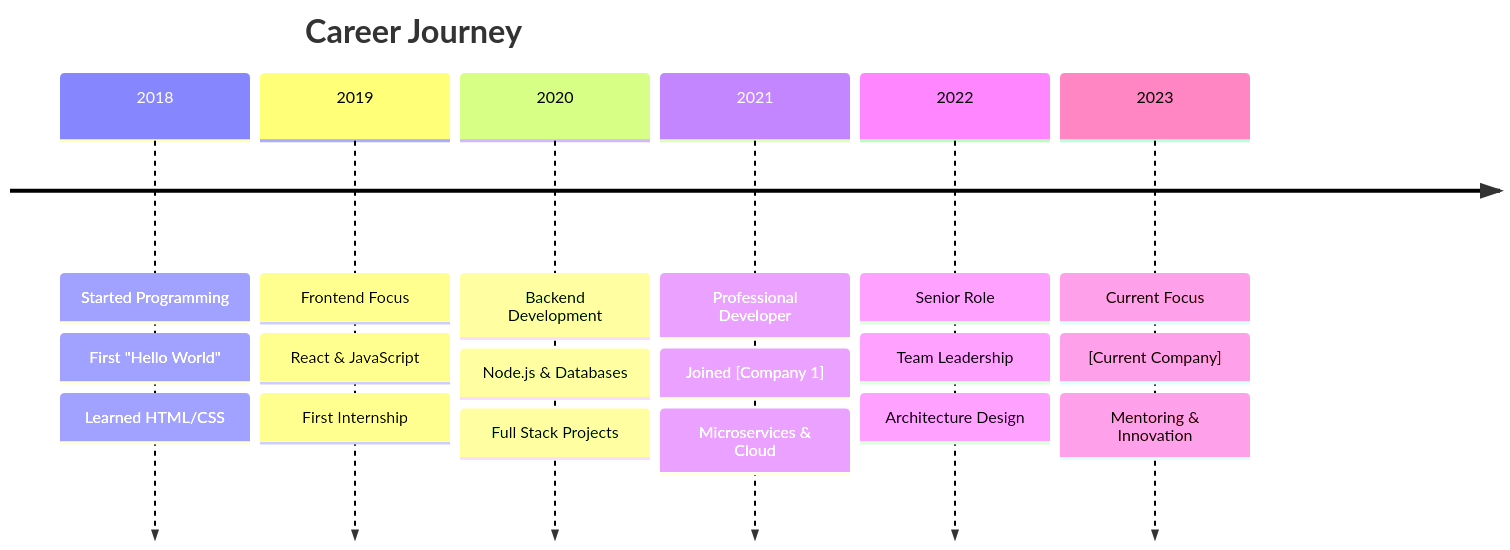
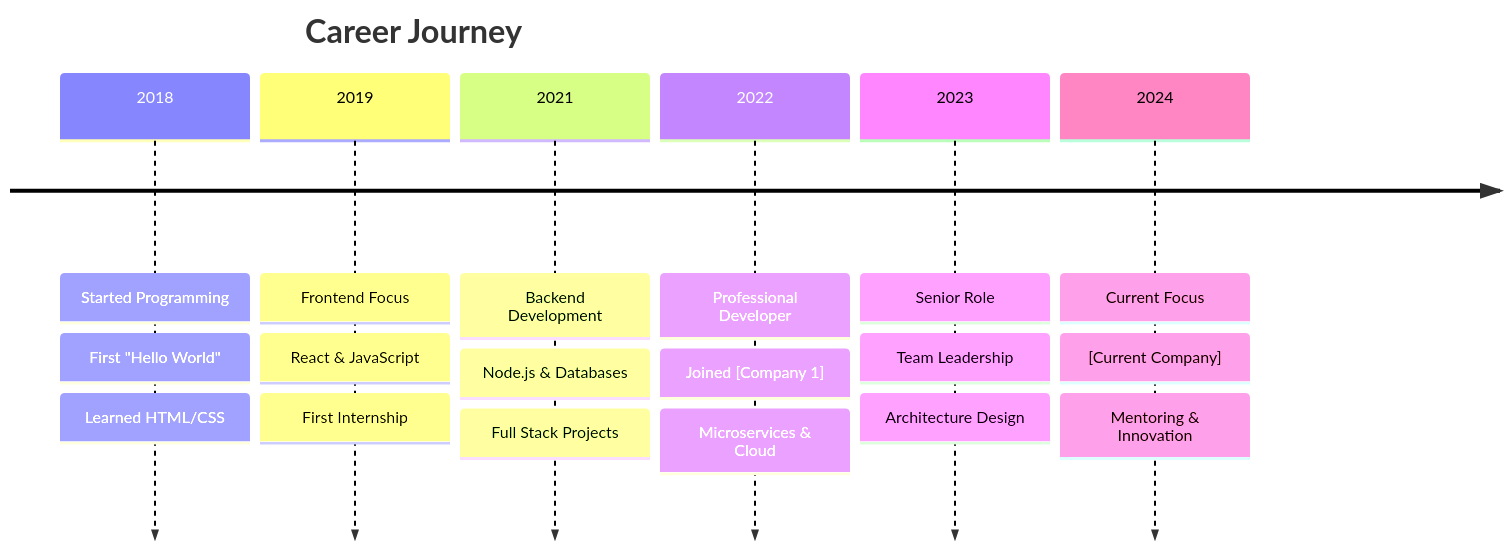
Before and after one commit to 576469377/AI-Create-Profile-README: the diagram in templates/animated/dynamic-typing-hero.md, drawn with Mermaid. The commit also changed 7 other files, not shown here.

````diff
--- a/templates/animated/dynamic-typing-hero.md
+++ b/templates/animated/dynamic-typing-hero.md
@@ -165,28 +165,28 @@
 ```mermaid
 timeline
     title Career Journey
     
     2018 : Started Programming
          : First "Hello World"
          : Learned HTML/CSS
     
     2019 : Frontend Focus
          : React & JavaScript
          : First Internship
     
-    2020 : Backend Development
+    2021 : Backend Development
          : Node.js & Databases
          : Full Stack Projects
     
-    2021 : Professional Developer
+    2022 : Professional Developer
          : Joined [Company 1]
          : Microservices & Cloud
     
-    2022 : Senior Role
+    2023 : Senior Role
          : Team Leadership
          : Architecture Design
     
-    2023 : Current Focus
+    2024 : Current Focus
          : [Current Company]
          : Mentoring & Innovation
 ```
````
